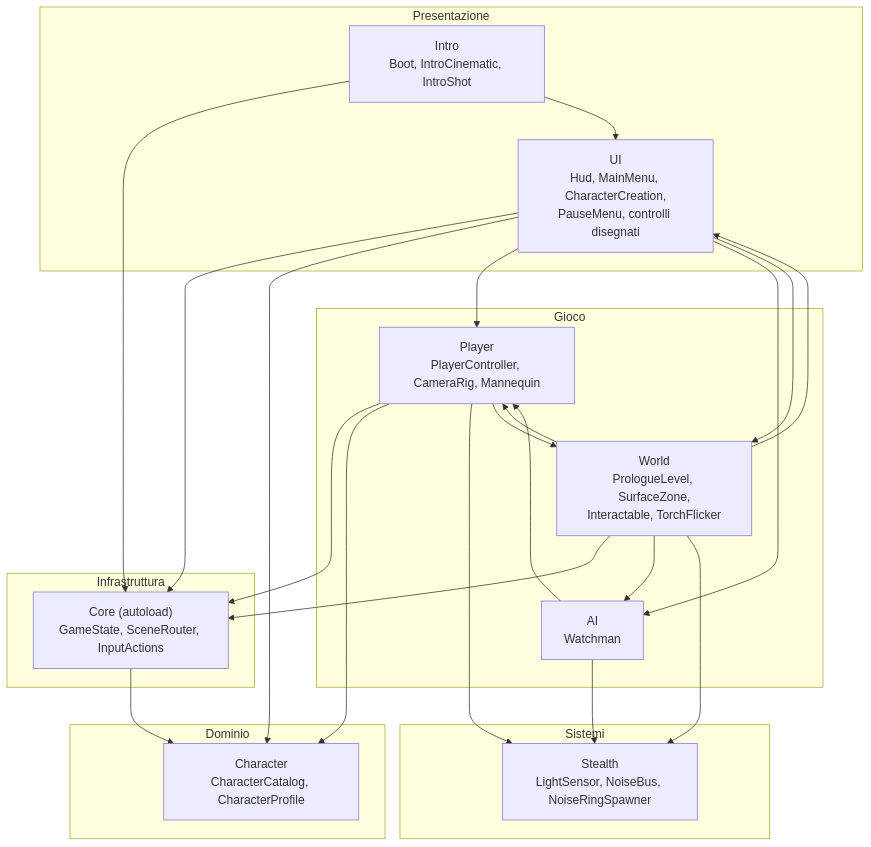
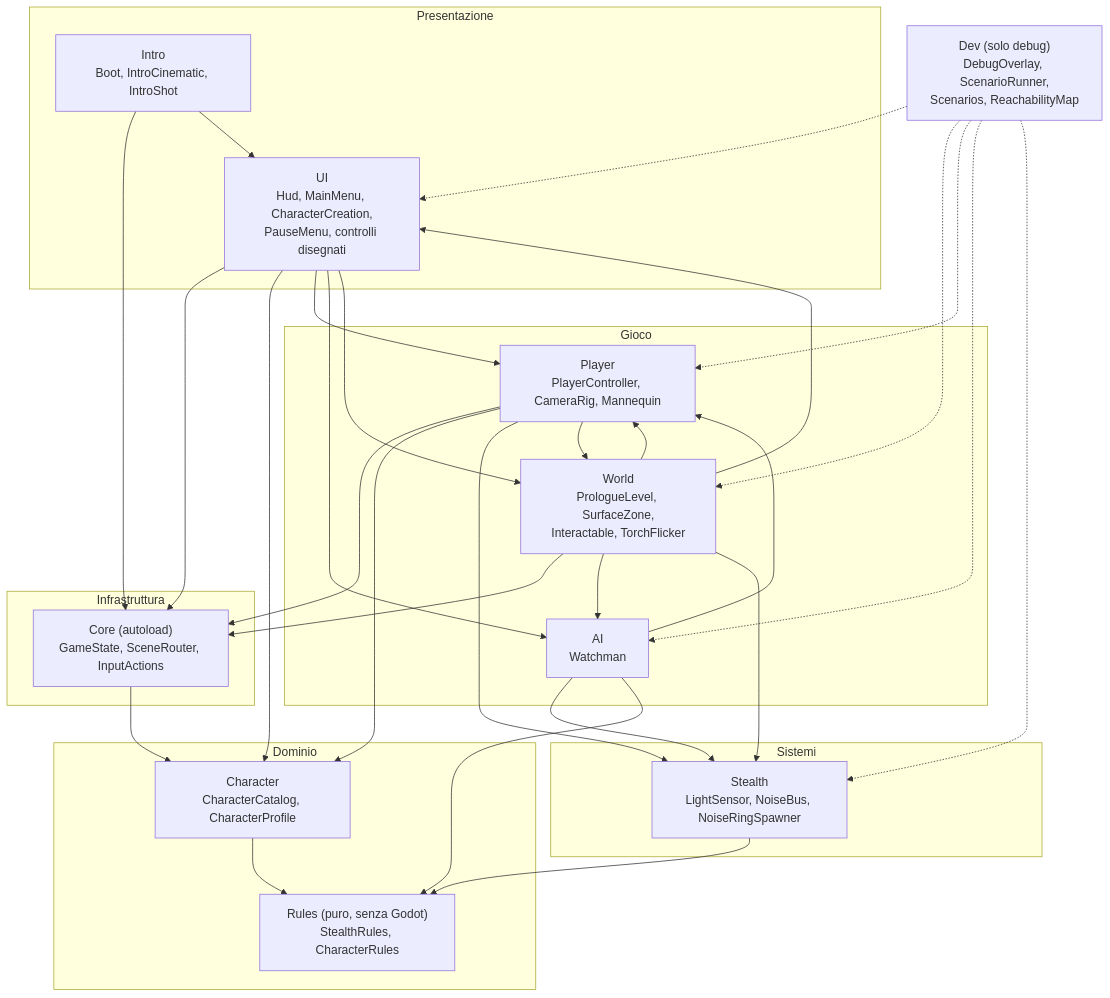
One commit to ValerioPace/thepalestitch changed the first of 8 diagrams in docs/tech/ARCHITECTURE.md. Above: the diagram before and after it, drawn with Mermaid. The commit also changed other lines of this file and 6 other files, not shown here.

````diff
--- a/docs/tech/ARCHITECTURE.md
+++ b/docs/tech/ARCHITECTURE.md
@@ -50,28 +51,33 @@
 ```mermaid
 flowchart TB
     subgraph Presentazione
         UI["UI<br/>Hud, MainMenu, CharacterCreation,<br/>PauseMenu, controlli disegnati"]
         Intro["Intro<br/>Boot, IntroCinematic, IntroShot"]
     end
     subgraph Gioco
         World["World<br/>PrologueLevel, SurfaceZone,<br/>Interactable, TorchFlicker"]
         Player["Player<br/>PlayerController, CameraRig, Mannequin"]
         AI["AI<br/>Watchman"]
     end
     subgraph Sistemi
         Stealth["Stealth<br/>LightSensor, NoiseBus, NoiseRingSpawner"]
     end
     subgraph Dominio
         Character["Character<br/>CharacterCatalog, CharacterProfile"]
+        Rules["Rules (puro, senza Godot)<br/>StealthRules, CharacterRules"]
     end
     subgraph Infrastruttura
         Core["Core (autoload)<br/>GameState, SceneRouter, InputActions"]
     end
 
     UI --> Core & Character & Player & AI & World
     Intro --> Core & UI
     World --> Core & Player & AI & Stealth & UI
     Player --> Core & Character & Stealth & World
     AI --> Player & Stealth
     Core --> Character
+    Character --> Rules
+    Stealth --> Rules
+    AI --> Rules
+    Dev["Dev (solo debug)<br/>DebugOverlay, ScenarioRunner,<br/>Scenarios, ReachabilityMap"] -.-> World & Player & AI & UI & Stealth
 ```
````
